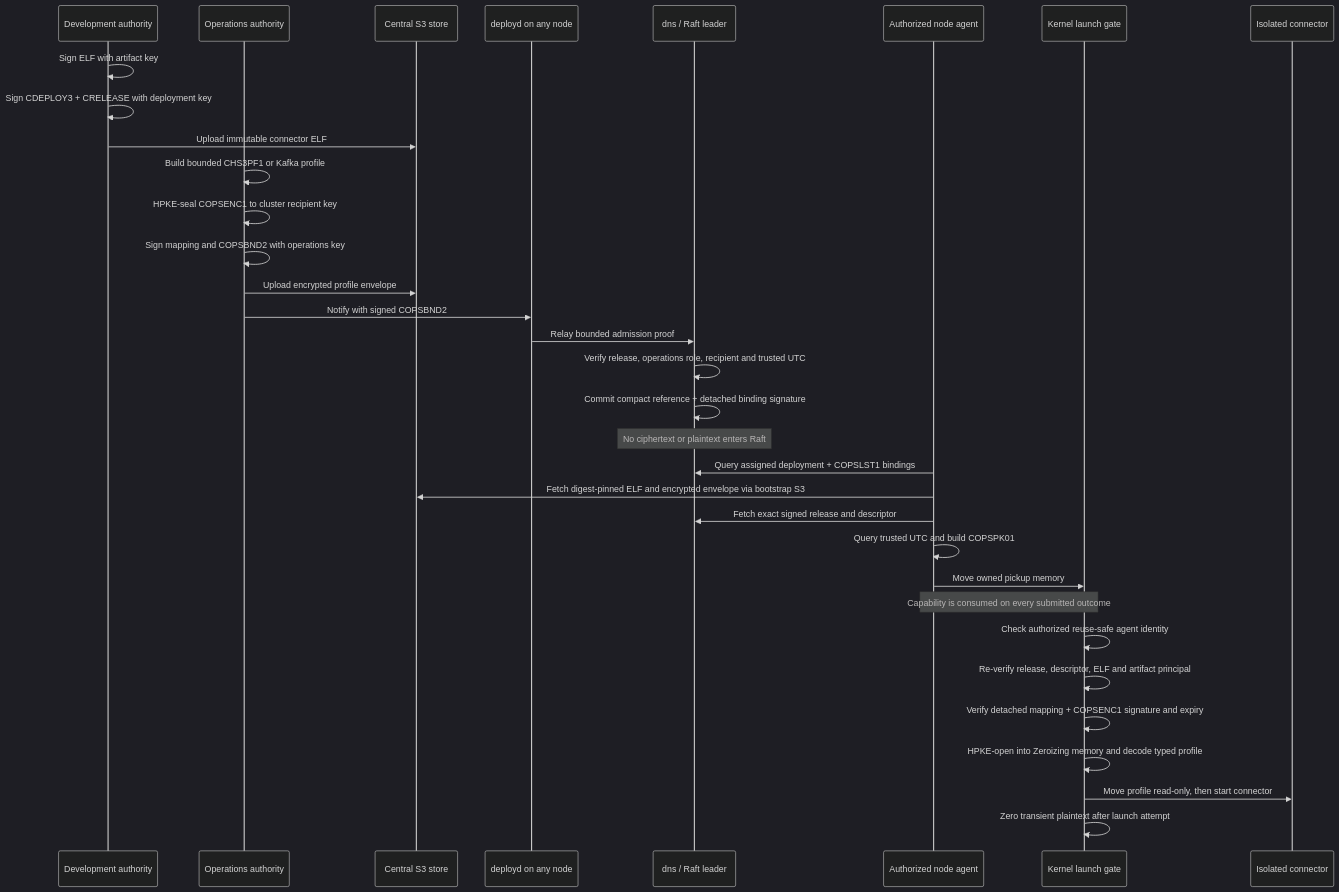
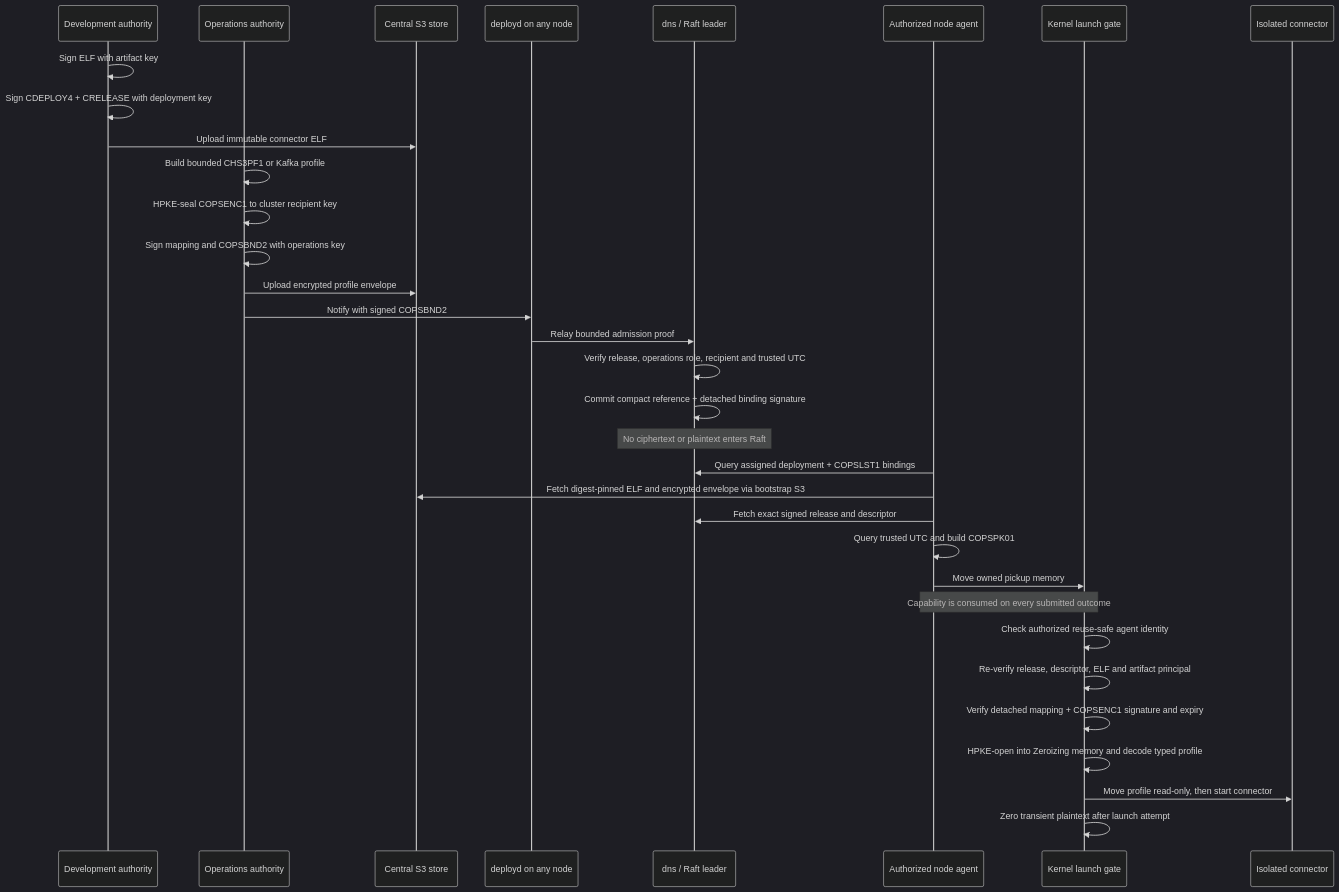
The ninth of 12 diagrams in docs/figures.md (FrodeRanders/charlotte-os), drawn with Mermaid (dark theme) before and after one commit. The commit also changed other lines of this file and 44 other files, not shown here.

````diff
--- a/docs/figures.md
+++ b/docs/figures.md
@@ -394,40 +394,40 @@
 ```mermaid
 sequenceDiagram
 participant DEV as Development authority
 participant OPS as Operations authority
 participant O as Central S3 store
 participant D as deployd on any node
 participant R as dns / Raft leader
 participant A as Authorized node agent
 participant K as Kernel launch gate
 participant C as Isolated connector
 
       DEV->>DEV: Sign ELF with artifact key
-      DEV->>DEV: Sign CDEPLOY3 + CRELEASE with deployment key
+      DEV->>DEV: Sign CDEPLOY4 + CRELEASE with deployment key
       DEV->>O: Upload immutable connector ELF
 
       OPS->>OPS: Build bounded CHS3PF1 or Kafka profile
       OPS->>OPS: HPKE-seal COPSENC1 to cluster recipient key
       OPS->>OPS: Sign mapping and COPSBND2 with operations key
       OPS->>O: Upload encrypted profile envelope
       OPS->>D: Notify with signed COPSBND2
 
       D->>R: Relay bounded admission proof
       R->>R: Verify release, operations role, recipient and trusted UTC
       R->>R: Commit compact reference + detached binding signature
       Note over R: No ciphertext or plaintext enters Raft
 
       A->>R: Query assigned deployment + COPSLST1 bindings
       A->>O: Fetch digest-pinned ELF and encrypted envelope via bootstrap S3
       A->>R: Fetch exact signed release and descriptor
       A->>A: Query trusted UTC and build COPSPK01
       A->>K: Move owned pickup memory
       Note over A,K: Capability is consumed on every submitted outcome
 
       K->>K: Check authorized reuse-safe agent identity
       K->>K: Re-verify release, descriptor, ELF and artifact principal
       K->>K: Verify detached mapping + COPSENC1 signature and expiry
       K->>K: HPKE-open into Zeroizing memory and decode typed profile
       K->>C: Move profile read-only, then start connector
       K->>K: Zero transient plaintext after launch attempt
 ```
````
